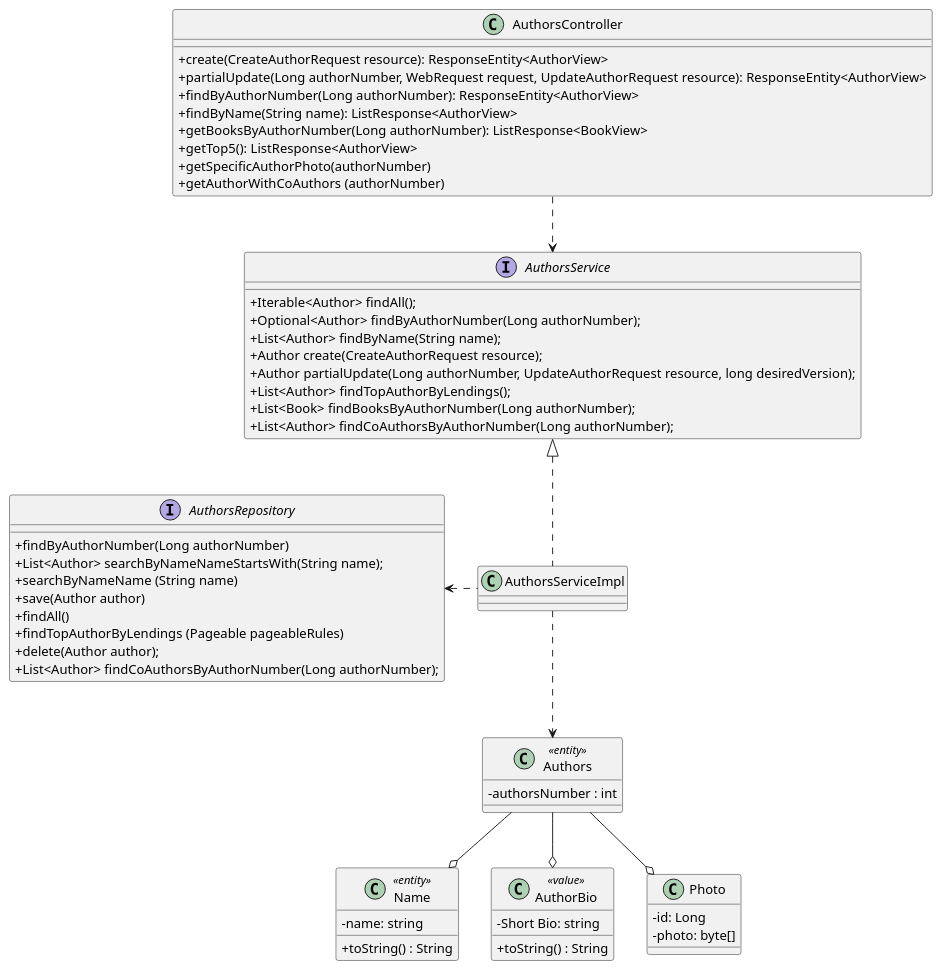
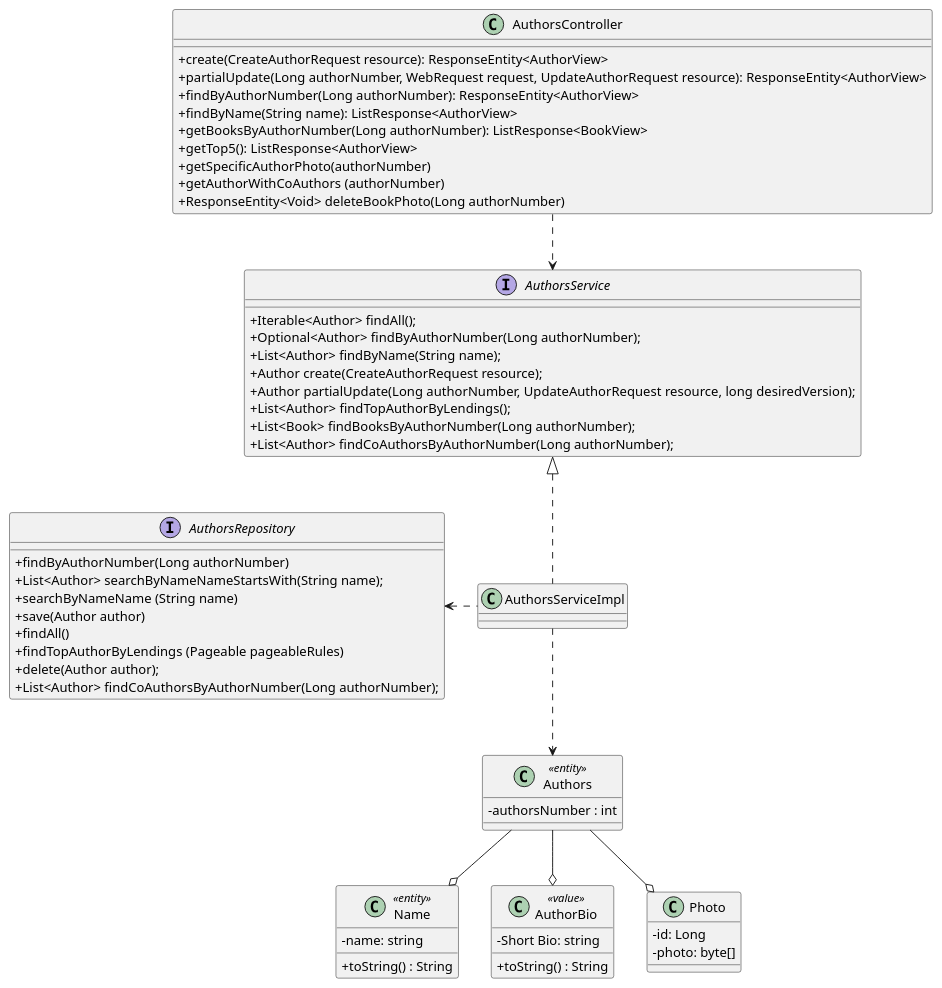
Before and after one commit to rutemf/1220944_1220772_G01: the diagram in Docs/Phase2/WP2B-Authors/WP1B - Authors - ClassDiagram.puml, drawn with PlantUML. The commit also changed 3 other files, not shown here.

```diff
--- a/Docs/Phase2/WP2B-Authors/WP1B - Authors - ClassDiagram.puml
+++ b/Docs/Phase2/WP2B-Authors/WP1B - Authors - ClassDiagram.puml
@@ -1,69 +1,70 @@
 @startuml
 'https://plantuml.com/class-diagram
 
 skinparam classAttributeIconSize 0
 class Authors <<entity>>{
     - authorsNumber : int
 }
 class Name <<entity>>{
     - name: string
     + toString() : String
 }
 
 class AuthorBio <<value>>{
     - Short Bio: string
     + toString() : String
 }
 
 class Photo {
     - id: Long
     - photo: byte[]
 }
 
 class AuthorsController {
         + create(CreateAuthorRequest resource): ResponseEntity<AuthorView>
         + partialUpdate(Long authorNumber, WebRequest request, UpdateAuthorRequest resource): ResponseEntity<AuthorView>
         + findByAuthorNumber(Long authorNumber): ResponseEntity<AuthorView>
         + findByName(String name): ListResponse<AuthorView>
         + getBooksByAuthorNumber(Long authorNumber): ListResponse<BookView>
         + getTop5(): ListResponse<AuthorView>
         + getSpecificAuthorPhoto(authorNumber)
         + getAuthorWithCoAuthors (authorNumber)
+        +ResponseEntity<Void> deleteBookPhoto(Long authorNumber)
 }
 
 class AuthorsServiceImpl implements AuthorsService{
 }
 
 interface AuthorsService {
     +Iterable<Author> findAll();
     +Optional<Author> findByAuthorNumber(Long authorNumber);
     +List<Author> findByName(String name);
     +Author create(CreateAuthorRequest resource);
     +Author partialUpdate(Long authorNumber, UpdateAuthorRequest resource, long desiredVersion);
     +List<Author> findTopAuthorByLendings();
     +List<Book> findBooksByAuthorNumber(Long authorNumber);
     +List<Author> findCoAuthorsByAuthorNumber(Long authorNumber);
 
 }
 
 interface AuthorsRepository {
     + findByAuthorNumber(Long authorNumber)
     + List<Author> searchByNameNameStartsWith(String name);
     + searchByNameName (String name)
     + save(Author author)
     + findAll()
     + findTopAuthorByLendings (Pageable pageableRules)
     + delete(Author author);
     + List<Author> findCoAuthorsByAuthorNumber(Long authorNumber);
 
 
 }
 
 AuthorsServiceImpl ..> Authors
 AuthorsController ..> AuthorsService
 AuthorsServiceImpl .left.> AuthorsRepository
 
 Authors --o Name
 Authors --o Photo
 Authors --o AuthorBio
 @enduml
```
